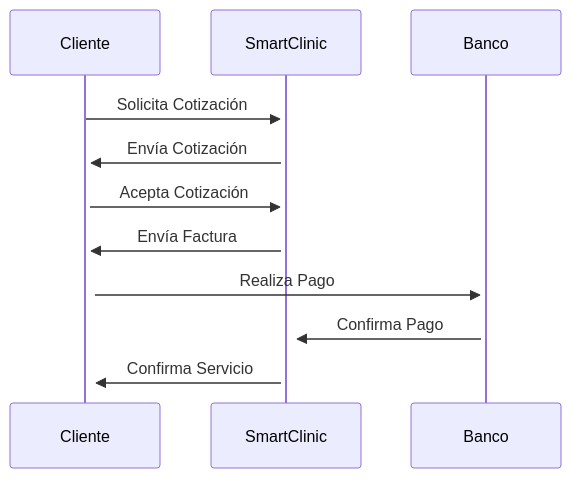
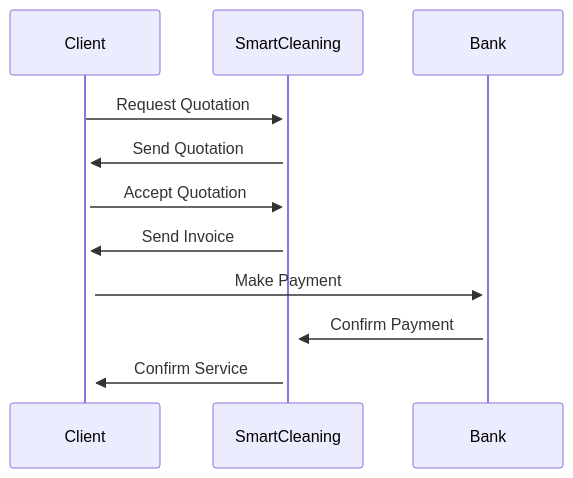
One commit to despiau/mermaid changed the sixth of 10 diagrams in README.md. Above: the diagram before and after it, drawn with Mermaid. The commit also changed other lines of this file, not shown here.

````diff
--- a/README.md
+++ b/README.md
@@ -102,10 +102,10 @@
 ```mermaid
 sequenceDiagram
-    Cliente->>+SmartClinic: Solicita Cotización
-    SmartClinic->>+Cliente: Envía Cotización
-    Cliente->>+SmartClinic: Acepta Cotización
-    SmartClinic->>+Cliente: Envía Factura
-    Cliente->>+Banco: Realiza Pago
-    Banco->>+SmartClinic: Confirma Pago
-    SmartClinic->>+Cliente: Confirma Servicio
+    Client->>+SmartCleaning: Request Quotation
+    SmartCleaning->>+Client: Send Quotation
+    Client->>+SmartCleaning: Accept Quotation
+    SmartCleaning->>+Client: Send Invoice
+    Client->>+Bank: Make Payment
+    Bank->>+SmartCleaning: Confirm Payment
+    SmartCleaning->>+Client: Confirm Service
 ```
````
